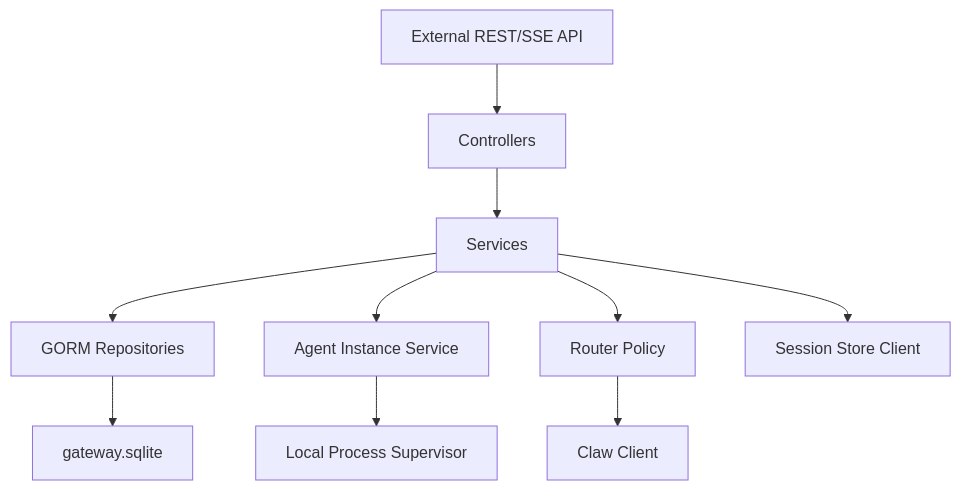
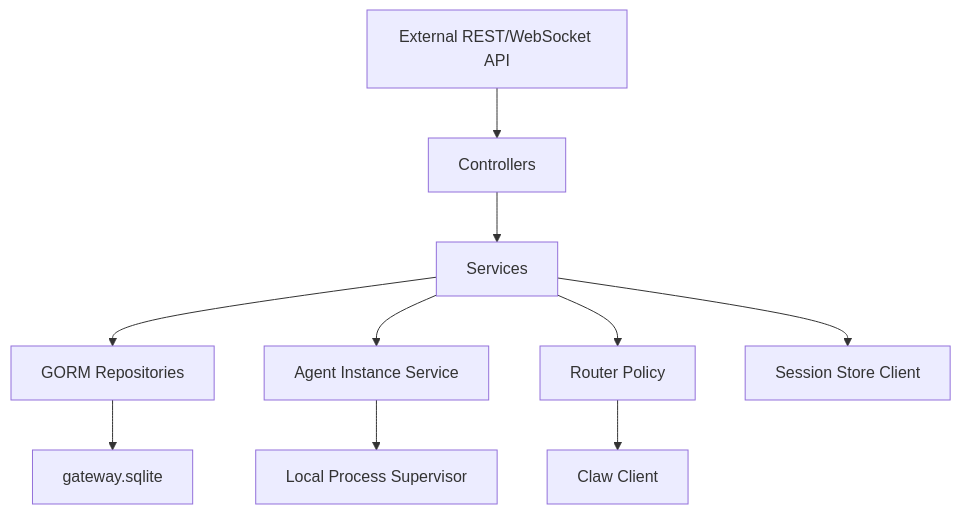
One commit to issueye/icoo_claw changed the third of 5 diagrams in docs/ai-agent-platform/02-architecture.md. Above: the diagram before and after it, drawn with Mermaid. The commit also changed other lines of this file and 274 other files, not shown here.

````diff
--- a/docs/ai-agent-platform/02-architecture.md
+++ b/docs/ai-agent-platform/02-architecture.md
@@ -101,12 +101,12 @@
 ```mermaid
 flowchart TB
-  API["External REST/SSE API"] --> Controllers["Controllers"]
+  API["External REST/WebSocket API"] --> Controllers["Controllers"]
   Controllers --> Services["Services"]
   Services --> Repos["GORM Repositories"]
   Services --> InstanceSvc["Agent Instance Service"]
   InstanceSvc --> Supervisor["Local Process Supervisor"]
   Services --> RouterPolicy["Router Policy"]
   RouterPolicy --> ClawClient["Claw Client"]
   Services --> StoreClient["Session Store Client"]
   Repos --> SQLite["gateway.sqlite"]
 ```
````
